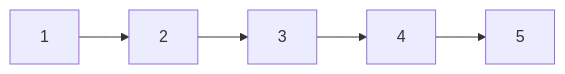
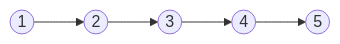
The first of 4 diagrams in docs/blind75/linked_list.md (russhustle/leetpattern), drawn with Mermaid before and after one commit. The commit also changed other lines of this file and 8 other files, not shown here.

````diff
--- a/docs/blind75/linked_list.md
+++ b/docs/blind75/linked_list.md
@@ -21,7 +21,7 @@
 ```mermaid
 graph LR
-A[1] --> B[2]
-B --> C[3]
-C --> D[4]
-D --> E[5]
+A((1)) --> B((2))
+B --> C((3))
+C --> D((4))
+D --> E((5))
 ```
````
